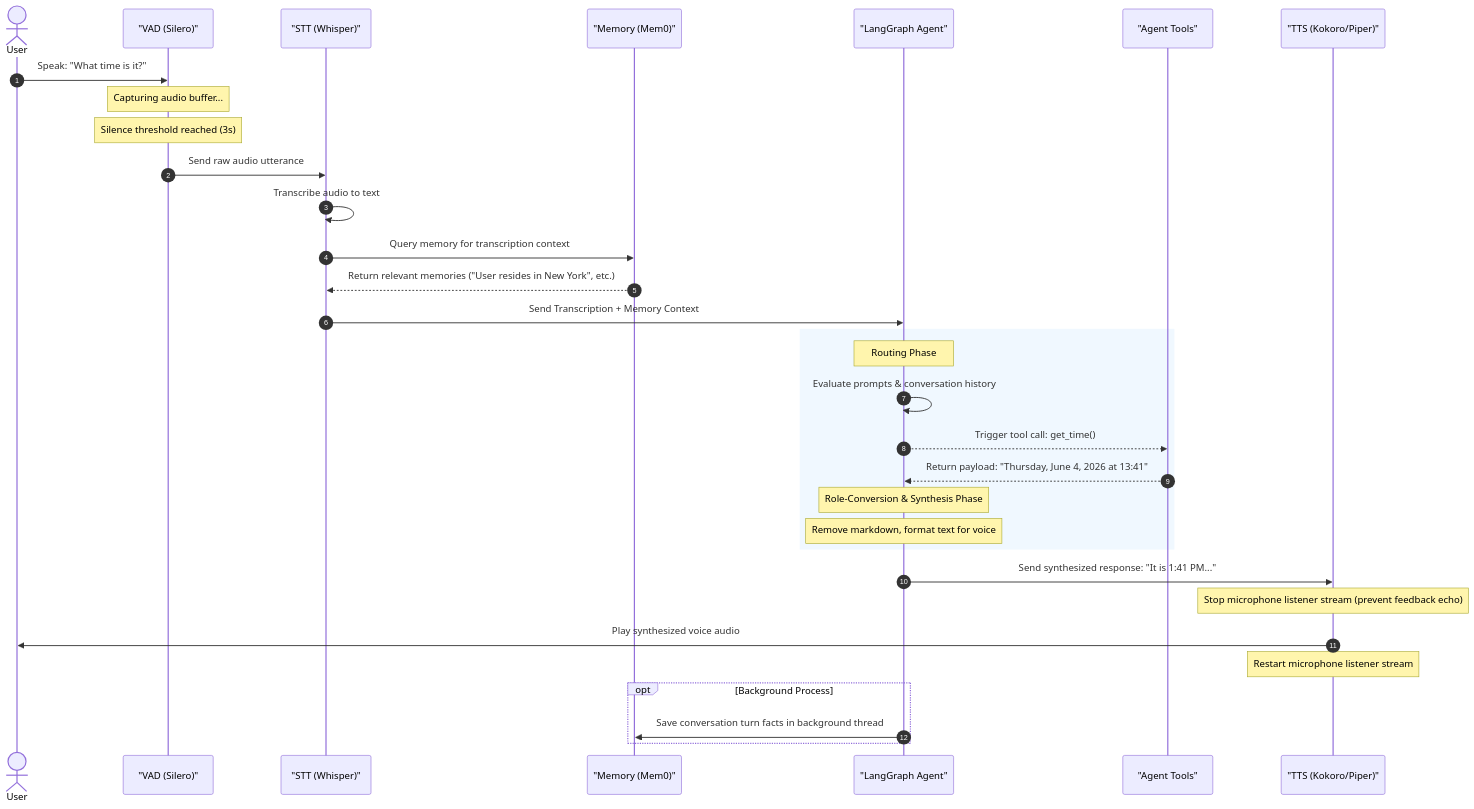
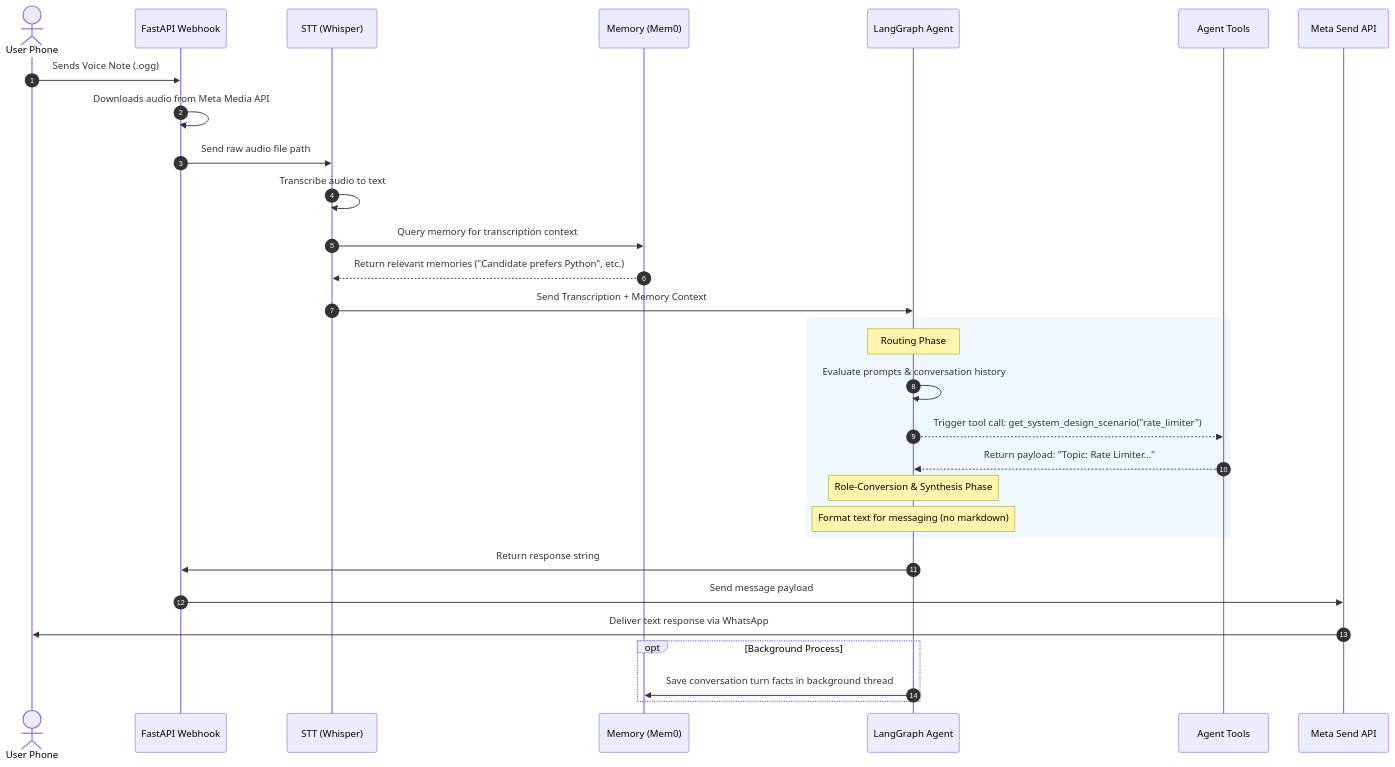
The second of 2 diagrams in ARCHITECTURE.md (juliocode-job/Julius-Voice-Agent), drawn with Mermaid before and after one commit. The commit also changed other lines of this file and 18 other files, not shown here.

Commit message:
feat: pivot Julius to 100% WhatsApp-native System Design interviewer with custom tools

````diff
--- a/ARCHITECTURE.md
+++ b/ARCHITECTURE.md
@@ -91,39 +50,36 @@
 ```mermaid
 sequenceDiagram
     autonumber
-    actor User
-    participant VAD as "VAD (Silero)"
-    participant STT as "STT (Whisper)"
-    participant Mem as "Memory (Mem0)"
-    participant Graph as "LangGraph Agent"
-    participant Tools as "Agent Tools"
-    participant TTS as "TTS (Kokoro/Piper)"
+    actor User as User Phone
+    participant Webhook as FastAPI Webhook
+    participant STT as STT (Whisper)
+    participant Mem as Memory (Mem0)
+    participant Graph as LangGraph Agent
+    participant Tools as Agent Tools
+    participant Meta as Meta Send API
 
-
-    User->>VAD: Speak: "What time is it?"
-    Note over VAD: Capturing audio buffer...
-    Note over VAD: Silence threshold reached (3s)
-    VAD->>STT: Send raw audio utterance
+    User->>Webhook: Sends Voice Note (.ogg)
+    Webhook->>Webhook: Downloads audio from Meta Media API
+    Webhook->>STT: Send raw audio file path
     STT->>STT: Transcribe audio to text
     STT->>Mem: Query memory for transcription context
-    Mem-->>STT: Return relevant memories ("User resides in New York", etc.)
+    Mem-->>STT: Return relevant memories ("Candidate prefers Python", etc.)
     STT->>Graph: Send Transcription + Memory Context
     
     rect rgb(240, 248, 255)
         Note over Graph: Routing Phase
         Graph->>Graph: Evaluate prompts & conversation history
-        Graph-->>Tools: Trigger tool call: get_time()
-        Tools-->>Graph: Return payload: "Thursday, June 4, 2026 at 13:41"
+        Graph-->>Tools: Trigger tool call: get_system_design_scenario("rate_limiter")
+        Tools-->>Graph: Return payload: "Topic: Rate Limiter..."
         Note over Graph: Role-Conversion & Synthesis Phase
-        Note over Graph: Remove markdown, format text for voice
+        Note over Graph: Format text for messaging (no markdown)
     end
     
-    Graph->>TTS: Send synthesized response: "It is 1:41 PM..."
-    Note over TTS: Stop microphone listener stream (prevent feedback echo)
-    TTS->>User: Play synthesized voice audio
-    Note over TTS: Restart microphone listener stream
+    Graph->>Webhook: Return response string
+    Webhook->>Meta: Send message payload
+    Meta->>User: Deliver text response via WhatsApp
     
     opt Background Process
         Graph->>Mem: Save conversation turn facts in background thread
     end
 ```
````
